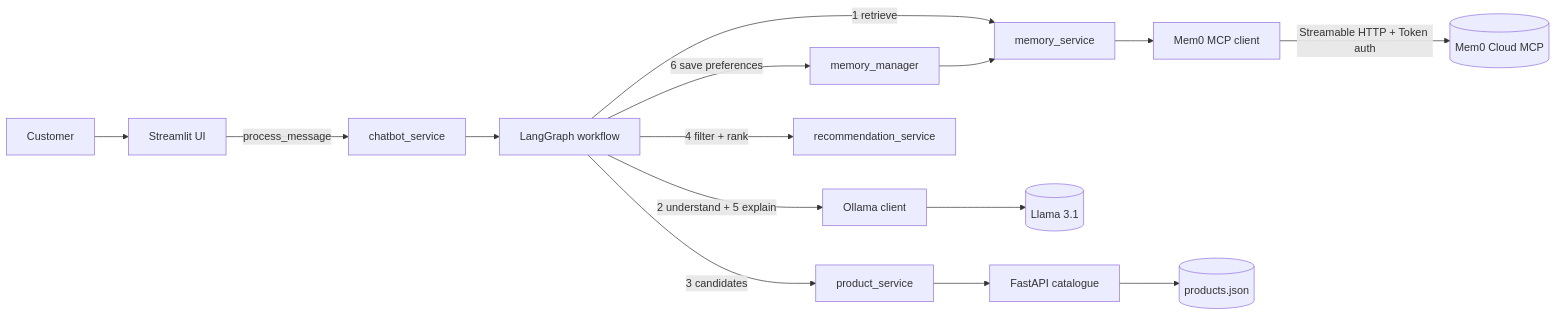
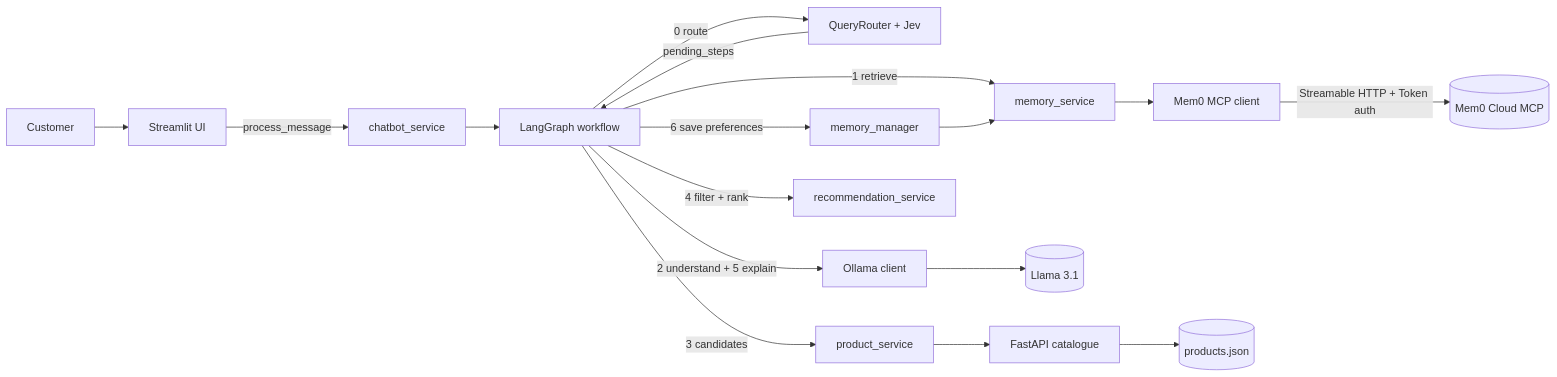
Before and after one commit to psbuilds/retail-mem0-poc: the first of 2 diagrams in README.md, drawn with Mermaid. The commit also changed other lines of this file and 56 other files, not shown here.

Commit message:
Added a jev based query routing node, and modifed the langgraph flow accordingly to prodeuce better tailored responses and to invoke mcp/api only when the user query demands it without invoking in each call

````diff
--- a/README.md
+++ b/README.md
@@ -45,22 +49,25 @@
 ```mermaid
 flowchart LR
     U[Customer] --> S[Streamlit UI]
     S -->|process_message| CS[chatbot_service]
     CS --> G[LangGraph workflow]
+
+    G -->|0 route| QR[QueryRouter + Jev]
+    QR -->|pending_steps| G
 
     G -->|1 retrieve| MEM[memory_service]
     MEM --> MC[Mem0 MCP client]
     MC -->|Streamable HTTP + Token auth| M0[(Mem0 Cloud MCP)]
 
     G -->|2 understand + 5 explain| OL[Ollama client]
     OL --> L[(Llama 3.1)]
 
     G -->|3 candidates| PS[product_service]
     PS --> PA[FastAPI catalogue]
     PA --> J[(products.json)]
 
     G -->|4 filter + rank| REC[recommendation_service]
 
     G -->|6 save preferences| MM[memory_manager]
     MM --> MEM
 ```
````
